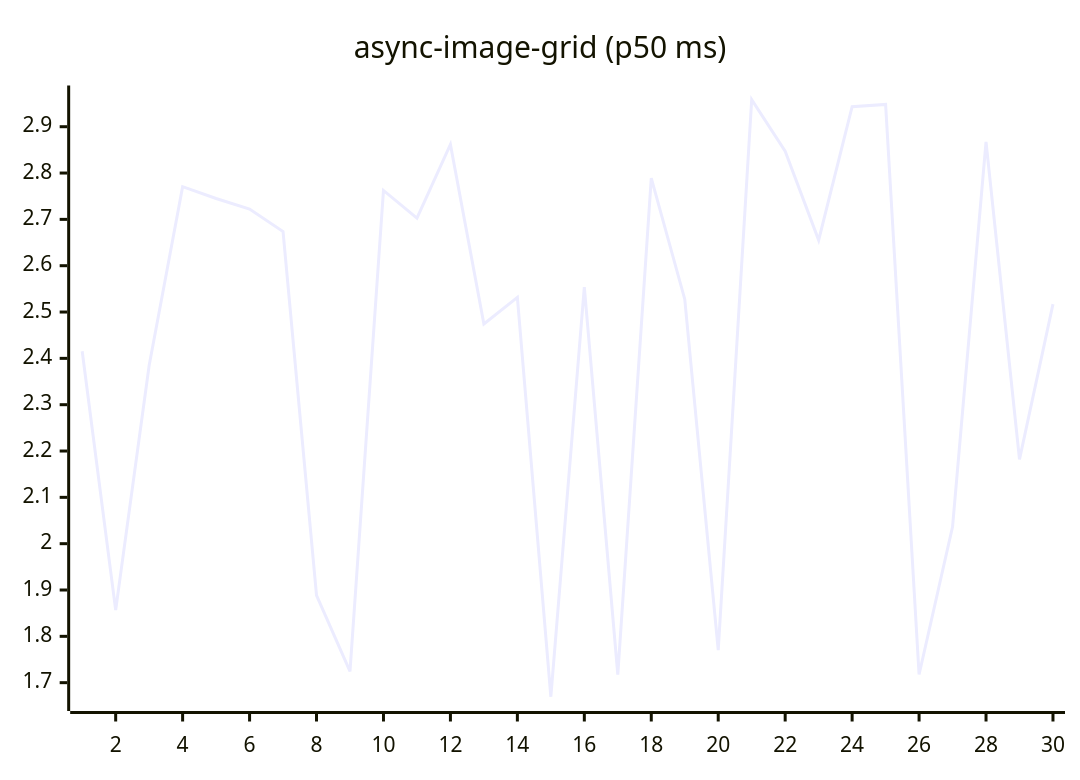
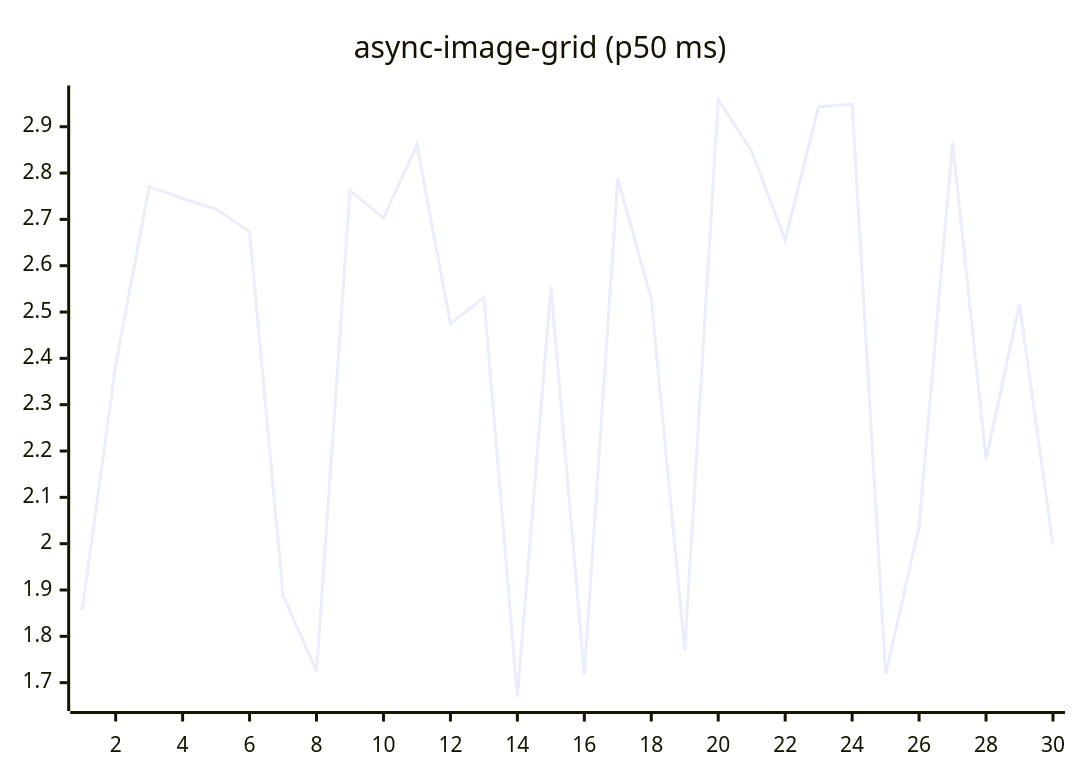
The fifth of 27 diagrams in README.md (josha/Facet), drawn with Mermaid before and after one commit. The commit also changed other lines of this file and 2 other files, not shown here.

````diff
--- a/README.md
+++ b/README.md
@@ -91,6 +91,6 @@
 ```mermaid
 xychart-beta
     title "async-image-grid (p50 ms)"
     x-axis 1 --> 30
-    line [2.4153, 1.8565, 2.3845, 2.7705, 2.7451, 2.7222, 2.6737, 1.8884, 1.7244, 2.7624, 2.7026, 2.8617, 2.4742, 2.5316, 1.6696, 2.5539, 1.7175, 2.7892, 2.5277, 1.7701, 2.9582, 2.8471, 2.6552, 2.9433, 2.9481, 1.7177, 2.0365, 2.8674, 2.1819, 2.5171]
+    line [1.8565, 2.3845, 2.7705, 2.7451, 2.7222, 2.6737, 1.8884, 1.7244, 2.7624, 2.7026, 2.8617, 2.4742, 2.5316, 1.6696, 2.5539, 1.7175, 2.7892, 2.5277, 1.7701, 2.9582, 2.8471, 2.6552, 2.9433, 2.9481, 1.7177, 2.0365, 2.8674, 2.1819, 2.5171, 1.9970]
 ```
````
